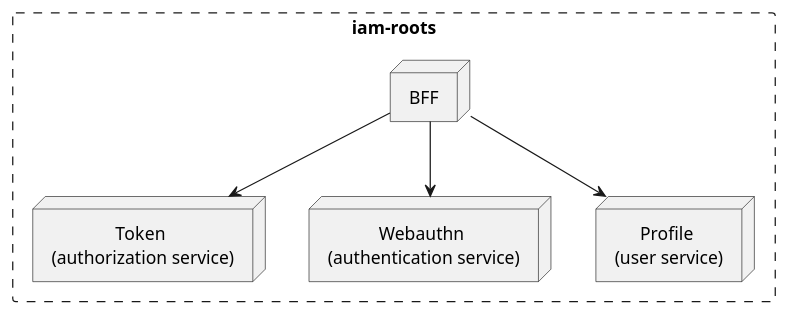
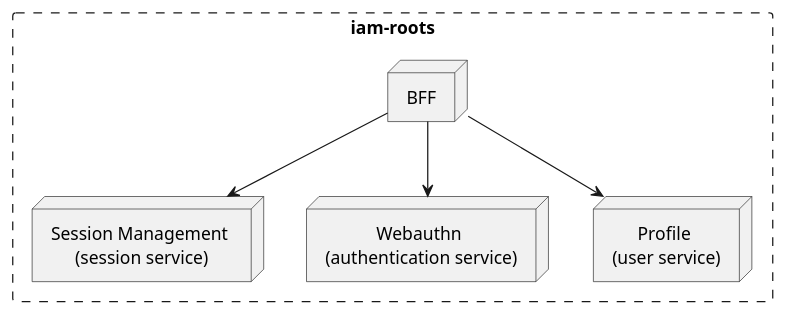
Before and after one commit to areugoh/proto: the diagram in scripts/doc-registry/src/content/docs/design/iam-roots/api/v1/index.md, drawn with PlantUML. The commit also changed other lines of this file and 5 other files, not shown here.

````diff
--- a/scripts/doc-registry/src/content/docs/design/iam-roots/api/v1/index.md
+++ b/scripts/doc-registry/src/content/docs/design/iam-roots/api/v1/index.md
@@ -8,17 +6,17 @@
 ```plantuml
 @startuml structure-details
 skinparam monochome false
 skinparam BoxPadding 10
 skinparam defaultTextAlignment center
 
 rectangle iam-roots #line.dashed {
     node "BFF" as BFF
-    node "Token \n(authorization service)" as T
+    node "Session Management \n(session service)" as SM
     node "Webauthn \n(authentication service)" as WA
     node "Profile \n(user service)" as P
 
-    BFF -d-> T
+    BFF -d-> SM
     BFF -d-> WA
     BFF -d-> P
 }
 ```
````
